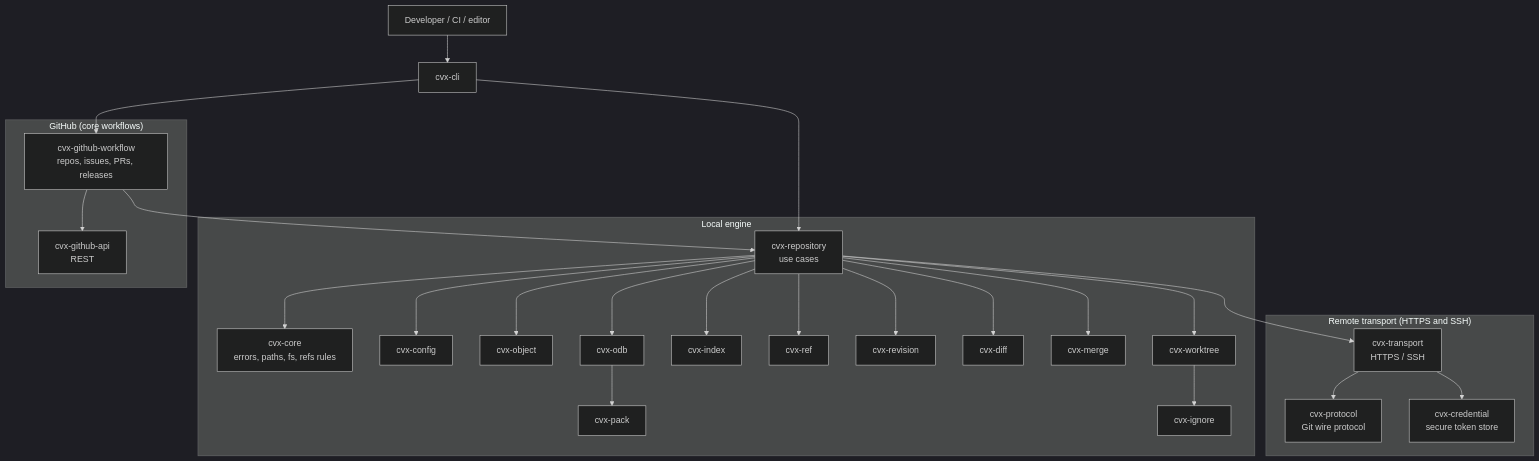
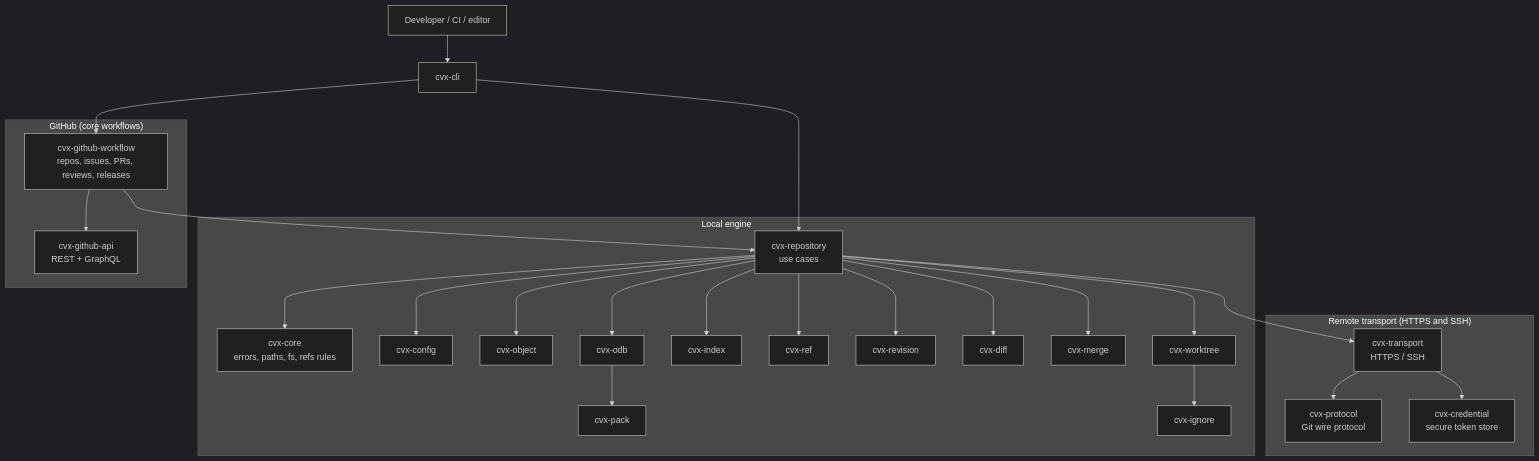
Before and after one commit to marcosgabrielgomes110-collab/cvx: the first of 9 diagrams in docs/architecture.md, drawn with Mermaid (dark theme). The commit also changed other lines of this file and 19 other files, not shown here.

````diff
--- a/docs/architecture.md
+++ b/docs/architecture.md
@@ -12,38 +12,38 @@
 ```mermaid
 flowchart TB
     Dev["Developer / CI / editor"] --> CLI["cvx-cli"]
     CLI --> Repo["cvx-repository<br/>use cases"]
 
     subgraph Local["Local engine"]
         Repo --> Core["cvx-core<br/>errors, paths, fs, refs rules"]
         Repo --> Config["cvx-config"]
         Repo --> Object["cvx-object"]
         Repo --> ODB["cvx-odb"]
         Repo --> Index["cvx-index"]
         Repo --> Refs["cvx-ref"]
         Repo --> Revision["cvx-revision"]
         Repo --> Diff["cvx-diff"]
         Repo --> Merge["cvx-merge"]
         Repo --> Worktree["cvx-worktree"]
         ODB --> Pack["cvx-pack"]
         Worktree --> Ignore["cvx-ignore"]
     end
 
     subgraph Remote["Remote transport (HTTPS and SSH)"]
         Transport["cvx-transport<br/>HTTPS / SSH"]
         Protocol["cvx-protocol<br/>Git wire protocol"]
         Credential["cvx-credential<br/>secure token store"]
         Transport --> Protocol
         Transport --> Credential
     end
 
     subgraph GitHub["GitHub (core workflows)"]
-        API["cvx-github-api<br/>REST"]
-        Flow["cvx-github-workflow<br/>repos, issues, PRs, releases"]
+        API["cvx-github-api<br/>REST + GraphQL"]
+        Flow["cvx-github-workflow<br/>repos, issues, PRs, reviews, releases"]
         Flow --> API
     end
 
     Repo --> Transport
     Flow --> Repo
     CLI --> Flow
 ```
````
